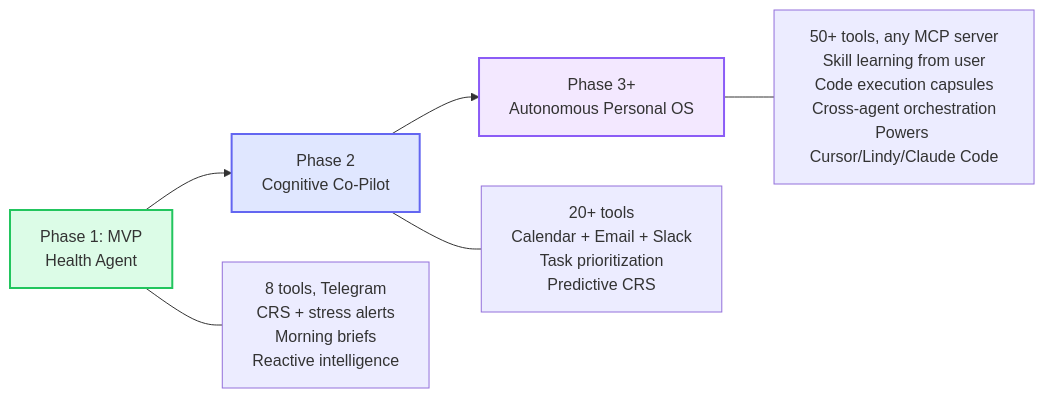
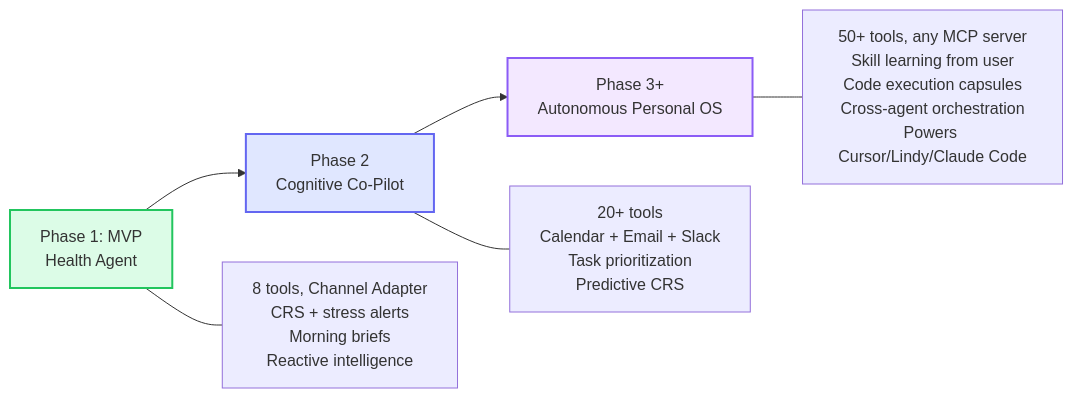
One commit to Pin4sf/Waldo changed the second of 4 diagrams in docs-site/README.md. Above: the diagram before and after it, drawn with Mermaid. The commit also changed other lines of this file and 19 other files, not shown here.

First line of the commit message:
docs: add adapter pattern architecture, competitive analysis, and ecosystem framing

````diff
--- a/docs-site/README.md
+++ b/docs-site/README.md
@@ -34,10 +34,10 @@
 ```mermaid
 graph LR
     MVP["Phase 1: MVP<br/>Health Agent"]:::g --> P2["Phase 2<br/>Cognitive Co-Pilot"]:::b --> P3["Phase 3+<br/>Autonomous Personal OS"]:::p
-    MVP --- D1["8 tools, Telegram<br/>CRS + stress alerts<br/>Morning briefs<br/>Reactive intelligence"]
+    MVP --- D1["8 tools, Channel Adapter<br/>CRS + stress alerts<br/>Morning briefs<br/>Reactive intelligence"]
     P2 --- D2["20+ tools<br/>Calendar + Email + Slack<br/>Task prioritization<br/>Predictive CRS"]
     P3 --- D3["50+ tools, any MCP server<br/>Skill learning from user<br/>Code execution capsules<br/>Cross-agent orchestration<br/>Powers Cursor/Lindy/Claude Code"]
     classDef g fill:#dcfce7,stroke:#22c55e,stroke-width:2px
     classDef b fill:#e0e7ff,stroke:#6366f1,stroke-width:2px
     classDef p fill:#f3e8ff,stroke:#8b5cf6,stroke-width:2px
 ```
````
